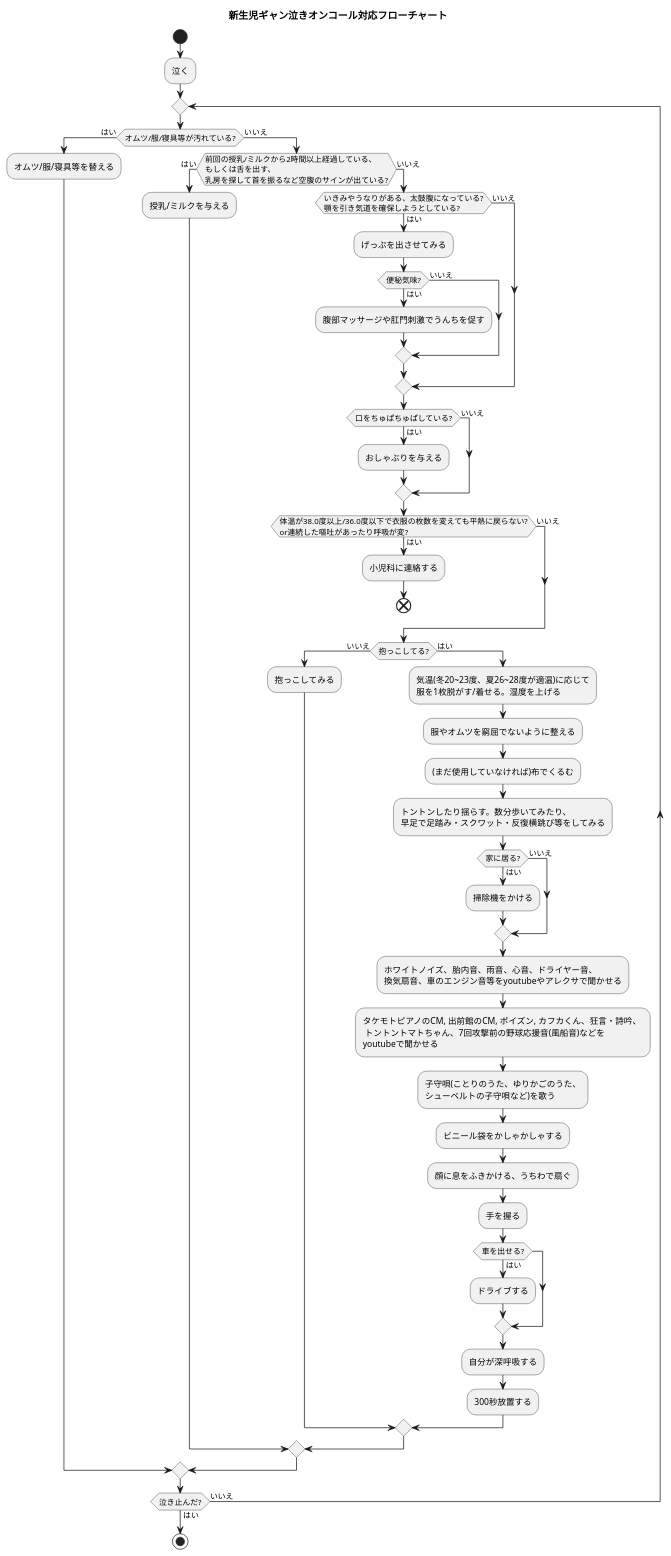
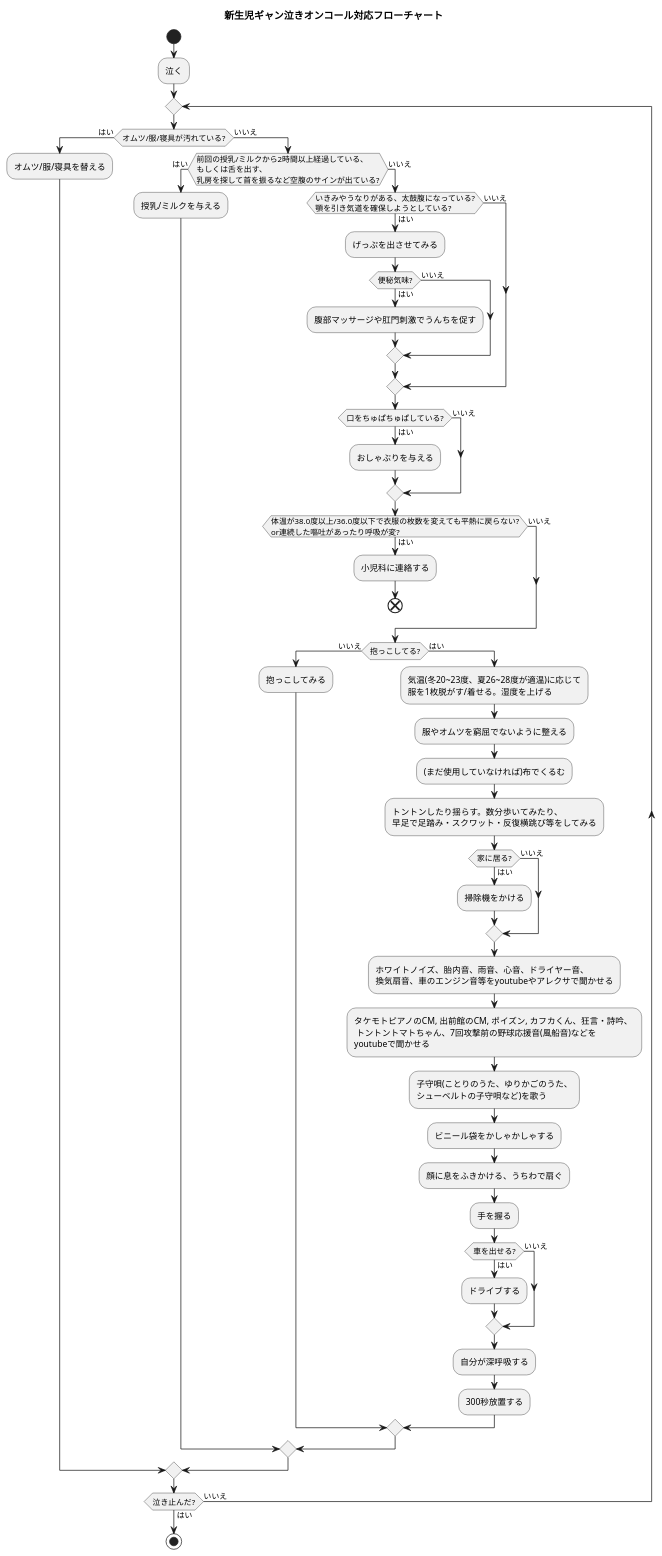
The diagram in flowchart.puml (dakimura/gyan-crying-oncall-playbook), drawn with PlantUML before and after one commit. The commit also changed 2 other files, not shown here.

```diff
--- a/flowchart.puml
+++ b/flowchart.puml
@@ -1,62 +1,63 @@
 @startuml
 
 'test
 title 新生児ギャン泣きオンコール対応フローチャート
 start
 
 :泣く;
 
 repeat;
-  if (オムツ/服/寝具等が汚れている?) then (はい)
-    :オムツ/服/寝具等を替える;
+  if (オムツ/服/寝具が汚れている?) then (はい)
+    :オムツ/服/寝具を替える;
   else (いいえ)
     if (前回の授乳/ミルクから2時間以上経過している、\nもしくは舌を出す、\n乳房を探して首を振るなど空腹のサインが出ている?) then (はい)
       :授乳/ミルクを与える;
     else (いいえ)
       if (いきみやうなりがある、太鼓腹になっている?\n顎を引き気道を確保しようとしている?) then (はい)
         :げっぷを出させてみる;
         if (便秘気味?) then (はい)
           :腹部マッサージや肛門刺激でうんちを促す;
         else (いいえ)
         endif
       else (いいえ)
       endif
       if (口をちゅぱちゅぱしている?) then (はい)
         :おしゃぶりを与える;
       else (いいえ)
       endif
       if (体温が38.0度以上/36.0度以下で衣服の枚数を変えても平熱に戻らない?\nor連続した嘔吐があったり呼吸が変?) then (はい)
         :小児科に連絡する;
         end
       else (いいえ)
       endif
       if (抱っこしてる?) then (いいえ)
         :抱っこしてみる;
       else (はい)
         :気温(冬20~23度、夏26~28度が適温)に応じて\n服を1枚脱がす/着せる。湿度を上げる;
         :服やオムツを窮屈でないように整える;
         :(まだ使用していなければ)布でくるむ;
         :トントンしたり揺らす。数分歩いてみたり、\n早足で足踏み・スクワット・反復横跳び等をしてみる;
         if (家に居る?) then (はい)
           :掃除機をかける;
         else (いいえ)
         endif
         :ホワイトノイズ、胎内音、雨音、心音、ドライヤー音、\n換気扇音、車のエンジン音等をyoutubeやアレクサで聞かせる;
         :タケモトピアノのCM, 出前館のCM, ポイズン, カフカくん、狂言・詩吟、 \n トントントマトちゃん、7回攻撃前の野球応援音(風船音)などを\nyoutubeで聞かせる;
         :子守唄(ことりのうた、ゆりかごのうた、\nシューベルトの子守唄など)を歌う;
         :ビニール袋をかしゃかしゃする;
         :顔に息をふきかける、うちわで扇ぐ;
         :手を握る;
         if (車を出せる?) then (はい)
           :ドライブする;
+        else (いいえ)
         endif
         :自分が深呼吸する;
         :300秒放置する;
       endif
     endif
   endif
 repeat while (泣き止んだ?) is (いいえ) not (はい)
 
 stop
 
 @enduml
```
